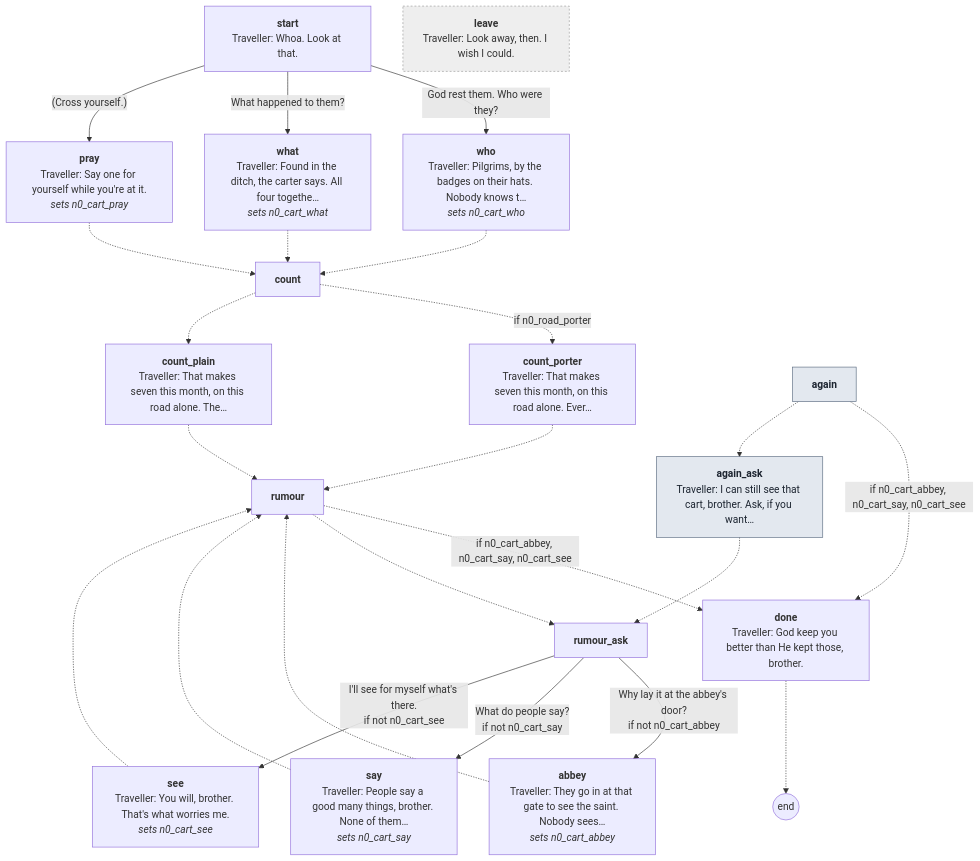
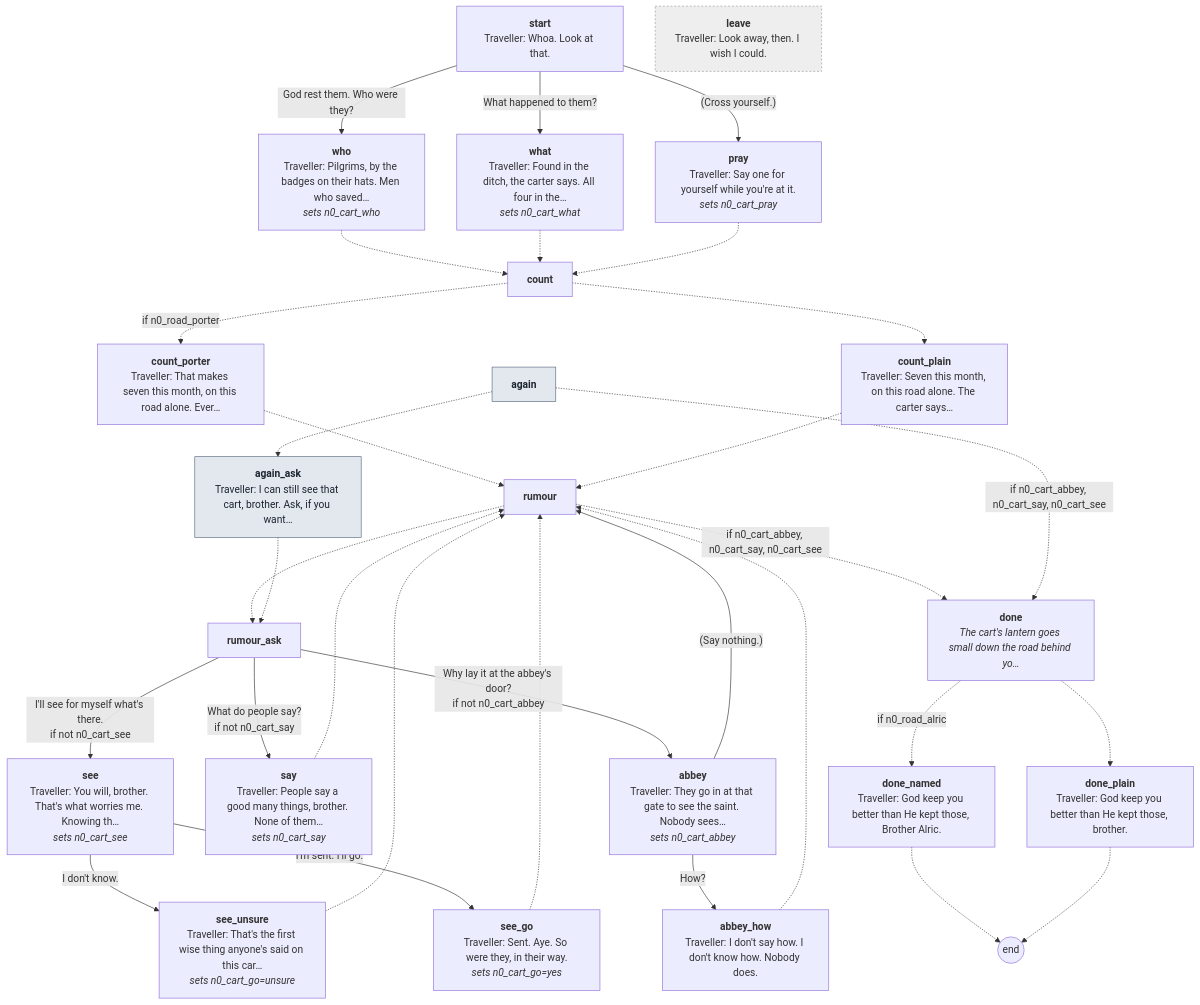
One commit to toastynaan/the-porter changed diagram 16 of 19 in docs/script/night0.md. Above: the diagram before and after it, drawn with Mermaid. The commit also changed other lines of this file and 25 other files, not shown here.

````diff
--- a/docs/script/night0.md
+++ b/docs/script/night0.md
@@ -1488,48 +2904,61 @@
 ```mermaid
 flowchart TD
   p_start["<b>start</b><br/>Traveller: Whoa. Look at that."]
-  p_who["<b>who</b><br/>Traveller: Pilgrims, by the badges on their hats. Nobody knows t…<br/><i>sets n0_cart_who</i>"]
-  p_what["<b>what</b><br/>Traveller: Found in the ditch, the carter says. All four togethe…<br/><i>sets n0_cart_what</i>"]
+  p_who["<b>who</b><br/>Traveller: Pilgrims, by the badges on their hats. Men who saved…<br/><i>sets n0_cart_who</i>"]
+  p_what["<b>what</b><br/>Traveller: Found in the ditch, the carter says. All four in the…<br/><i>sets n0_cart_what</i>"]
   p_pray["<b>pray</b><br/>Traveller: Say one for yourself while you're at it.<br/><i>sets n0_cart_pray</i>"]
   p_count["<b>count</b>"]
   p_count_porter["<b>count_porter</b><br/>Traveller: That makes seven this month, on this road alone. Ever…"]
-  p_count_plain["<b>count_plain</b><br/>Traveller: That makes seven this month, on this road alone. The…"]
+  p_count_plain["<b>count_plain</b><br/>Traveller: Seven this month, on this road alone. The carter says…"]
   p_rumour["<b>rumour</b>"]
   p_rumour_ask["<b>rumour_ask</b>"]
   p_abbey["<b>abbey</b><br/>Traveller: They go in at that gate to see the saint. Nobody sees…<br/><i>sets n0_cart_abbey</i>"]
+  p_abbey_how["<b>abbey_how</b><br/>Traveller: I don't say how. I don't know how. Nobody does."]
   p_say["<b>say</b><br/>Traveller: People say a good many things, brother. None of them…<br/><i>sets n0_cart_say</i>"]
-  p_see["<b>see</b><br/>Traveller: You will, brother. That's what worries me.<br/><i>sets n0_cart_see</i>"]
-  p_done["<b>done</b><br/>Traveller: God keep you better than He kept those, brother."]
+  p_see["<b>see</b><br/>Traveller: You will, brother. That's what worries me. Knowing th…<br/><i>sets n0_cart_see</i>"]
+  p_see_go["<b>see_go</b><br/>Traveller: Sent. Aye. So were they, in their way.<br/><i>sets n0_cart_go=yes</i>"]
+  p_see_unsure["<b>see_unsure</b><br/>Traveller: That's the first wise thing anyone's said on this car…<br/><i>sets n0_cart_go=unsure</i>"]
+  p_done["<b>done</b><br/><i>The cart's lantern goes small down the road behind yo…</i>"]
+  p_done_named["<b>done_named</b><br/>Traveller: God keep you better than He kept those, Brother Alric."]
+  p_done_plain["<b>done_plain</b><br/>Traveller: God keep you better than He kept those, brother."]
   p_again["<b>again</b>"]
   p_again_ask["<b>again_ask</b><br/>Traveller: I can still see that cart, brother. Ask, if you want…"]
   p_leave["<b>leave</b><br/>Traveller: Look away, then. I wish I could."]
   end_((end))
   p_start -->|"God rest them. Who were they?"| p_who
   p_start -->|"What happened to them?"| p_what
   p_start -->|"(Cross yourself.)"| p_pray
   p_who -.-> p_count
   p_what -.-> p_count
   p_pray -.-> p_count
   p_count -.->|"if n0_road_porter"| p_count_porter
   p_count -.-> p_count_plain
   p_count_porter -.-> p_rumour
   p_count_plain -.-> p_rumour
   p_rumour -.->|"if n0_cart_abbey, n0_cart_say, n0_cart_see"| p_done
   p_rumour -.-> p_rumour_ask
   p_rumour_ask -->|"Why lay it at the abbey's door?<br/>if not n0_cart_abbey"| p_abbey
   p_rumour_ask -->|"What do people say?<br/>if not n0_cart_say"| p_say
   p_rumour_ask -->|"I'll see for myself what's there.<br/>if not n0_cart_see"| p_see
-  p_abbey -.-> p_rumour
+  p_abbey -->|"How?"| p_abbey_how
+  p_abbey -->|"(Say nothing.)"| p_rumour
+  p_abbey_how -.-> p_rumour
   p_say -.-> p_rumour
-  p_see -.-> p_rumour
-  p_done -.-> end_
+  p_see -->|"I'm sent. I'll go."| p_see_go
+  p_see -->|"I don't know."| p_see_unsure
+  p_see_go -.-> p_rumour
+  p_see_unsure -.-> p_rumour
+  p_done -.->|"if n0_road_alric"| p_done_named
+  p_done -.-> p_done_plain
+  p_done_named -.-> end_
+  p_done_plain -.-> end_
   p_again -.->|"if n0_cart_abbey, n0_cart_say, n0_cart_see"| p_done
   p_again -.-> p_again_ask
   p_again_ask -.-> p_rumour_ask
   classDef claim fill:#f3e3b5,stroke:#9a6b1a,color:#2b2116
   classDef again fill:#e3e8ef,stroke:#5b6b80,color:#1c2430
   classDef leave fill:#eee,stroke:#999,color:#333,stroke-dasharray: 3 3
   class p_again again
   class p_again_ask again
   class p_leave leave
 ```
````
